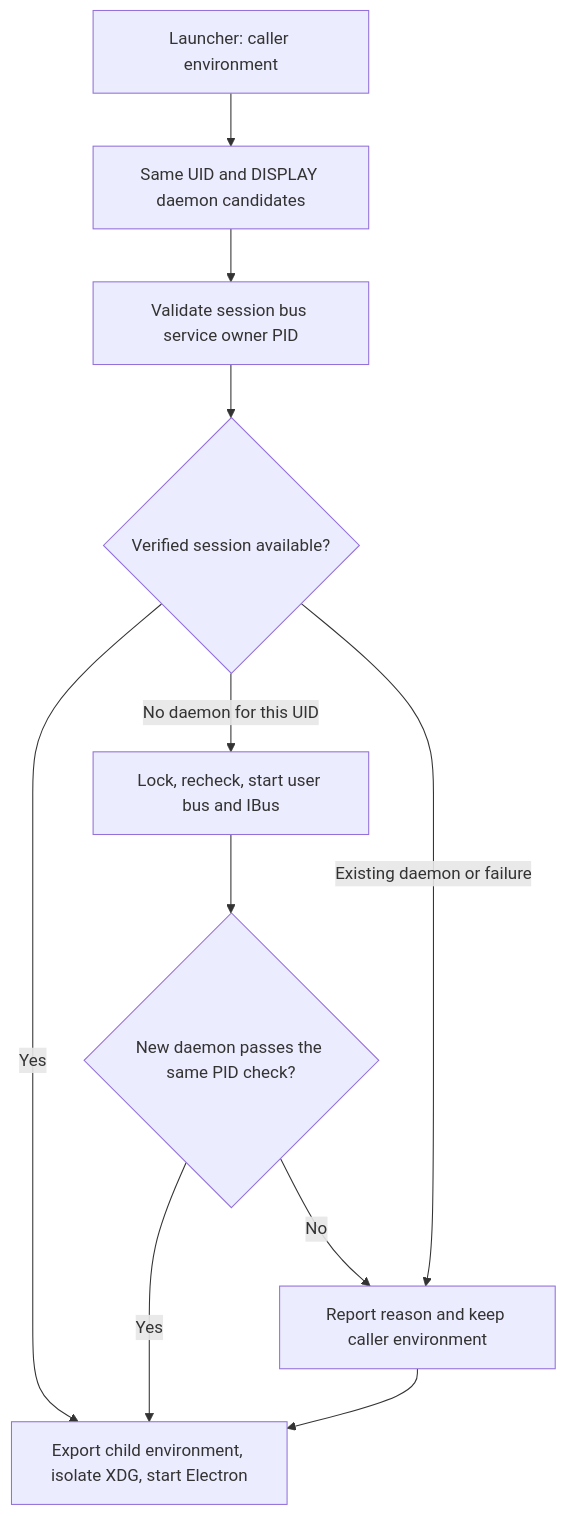
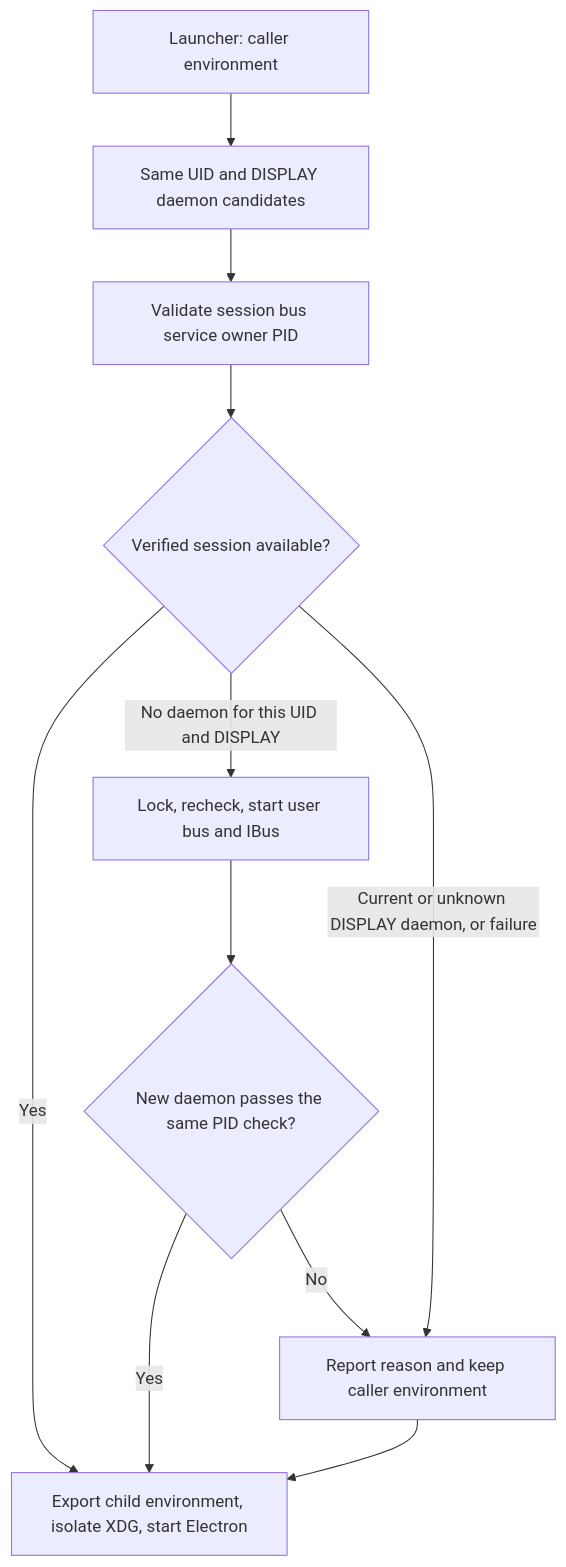
The diagram in docs/requirements/centos7-release.md (jchanghong023/OmpCode), drawn with Mermaid before and after one commit. The commit also changed other lines of this file and 1 other file, not shown here.

Commit message:
fix: scope IBus startup guard to the current display

````diff
--- a/docs/requirements/centos7-release.md
+++ b/docs/requirements/centos7-release.md
@@ -51,13 +51,13 @@
 ```mermaid
 flowchart TD
     A[Launcher: caller environment] --> B[Same UID and DISPLAY daemon candidates]
     B --> C[Validate session bus service owner PID]
     C --> D{Verified session available?}
     D -->|Yes| E[Export child environment, isolate XDG, start Electron]
-    D -->|No daemon for this UID| F[Lock, recheck, start user bus and IBus]
+    D -->|No daemon for this UID and DISPLAY| F[Lock, recheck, start user bus and IBus]
     F --> H{New daemon passes the same PID check?}
     H -->|Yes| E
     H -->|No| G
-    D -->|Existing daemon or failure| G[Report reason and keep caller environment]
+    D -->|Current or unknown DISPLAY daemon, or failure| G[Report reason and keep caller environment]
     G --> E
 ```
````
